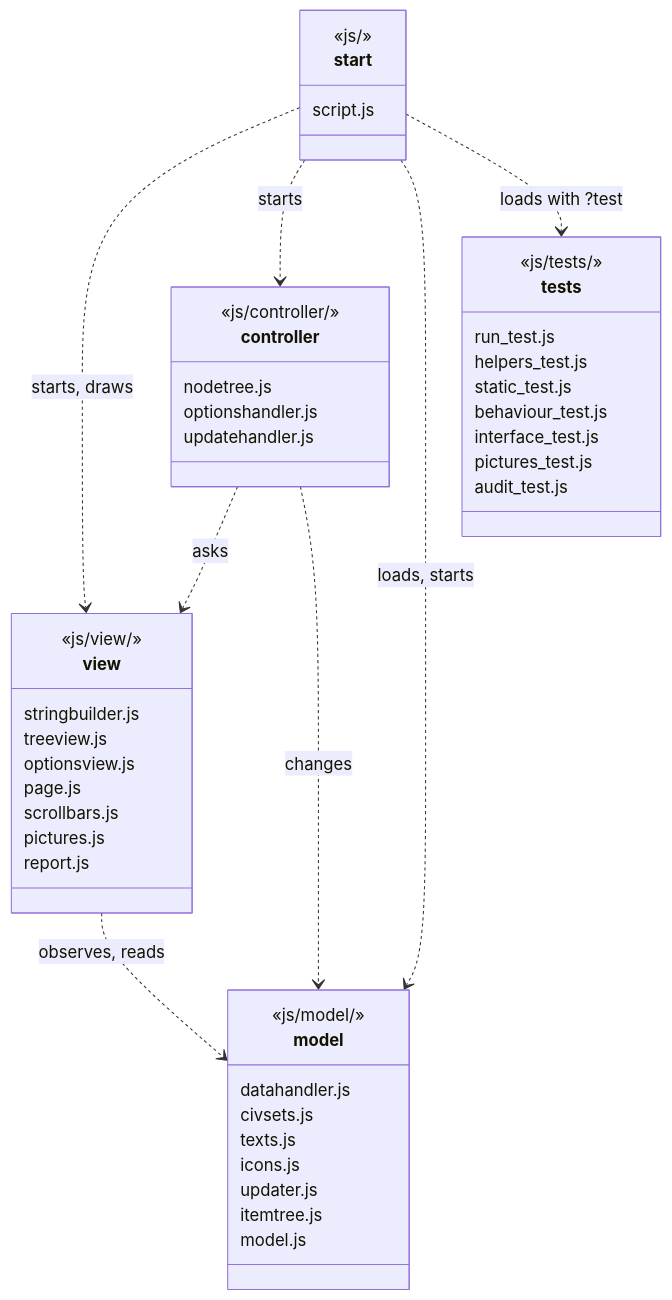
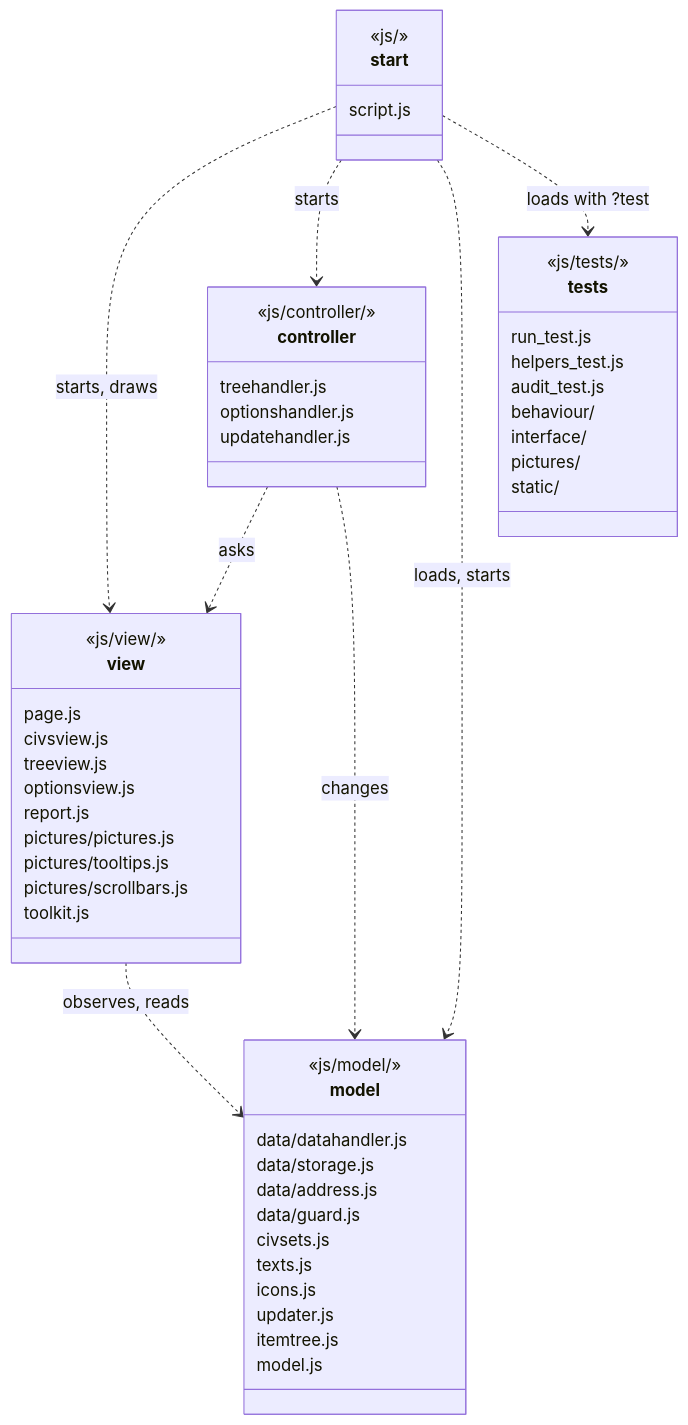
Before and after one commit to cnordenb/civexplorer.net: the diagram in documentation/MAINTAINER.md, drawn with Mermaid. The commit also changed other lines of this file and 108 other files, not shown here.

````diff
--- a/documentation/MAINTAINER.md
+++ b/documentation/MAINTAINER.md
@@ -142,51 +143,56 @@
 ```mermaid
 classDiagram
   direction TB
   class start {
     <<js/>>
     script.js
   }
   class controller {
     <<js/controller/>>
-    nodetree.js
+    treehandler.js
     optionshandler.js
     updatehandler.js
   }
   class view {
     <<js/view/>>
-    stringbuilder.js
+    page.js
+    civsview.js
     treeview.js
     optionsview.js
-    page.js
-    scrollbars.js
-    pictures.js
     report.js
+    pictures/pictures.js
+    pictures/tooltips.js
+    pictures/scrollbars.js
+    toolkit.js
   }
   class model {
     <<js/model/>>
-    datahandler.js
+    data/datahandler.js
+    data/storage.js
+    data/address.js
+    data/guard.js
     civsets.js
     texts.js
     icons.js
     updater.js
     itemtree.js
     model.js
   }
   class tests {
     <<js/tests/>>
     run_test.js
     helpers_test.js
-    static_test.js
-    behaviour_test.js
-    interface_test.js
-    pictures_test.js
     audit_test.js
+    behaviour/
+    interface/
+    pictures/
+    static/
   }
   start ..> view : starts, draws
   start ..> controller : starts
   start ..> model : loads, starts
   controller ..> view : asks
   controller ..> model : changes
   view ..> model : observes, reads
   start ..> tests : loads with ?test
 ```
````
